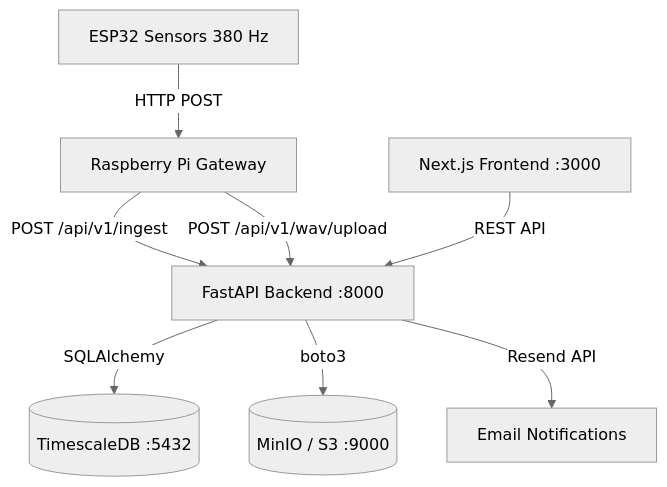
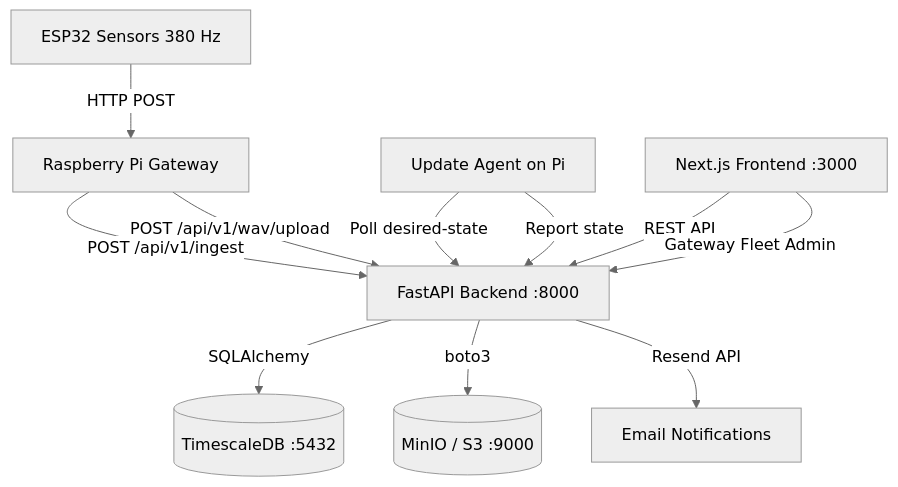
The diagram in README.md (Dinten-dev/GreenMindDB), drawn with Mermaid (neutral theme) before and after one commit. The commit also changed other lines of this file and 21 other files, not shown here.

Commit message:
feat: implement remote gateway management system with database models, API routers, and frontend dashboards

````diff
--- a/README.md
+++ b/README.md
@@ -49,10 +49,13 @@
 ```mermaid
 graph TD;
     Sensors[ESP32 Sensors 380 Hz] -->|HTTP POST| Pi[Raspberry Pi Gateway]
     Pi -->|POST /api/v1/ingest| API[FastAPI Backend :8000]
     Pi -->|POST /api/v1/wav/upload| API
+    Agent[Update Agent on Pi] -->|Poll desired-state| API
+    Agent -->|Report state| API
     API -->|SQLAlchemy| DB[(TimescaleDB :5432)]
     API -->|boto3| S3[(MinIO / S3 :9000)]
     UI[Next.js Frontend :3000] -->|REST API| API
+    UI -->|Gateway Fleet Admin| API
     API -->|Resend API| Email[Email Notifications]
 ```
````
